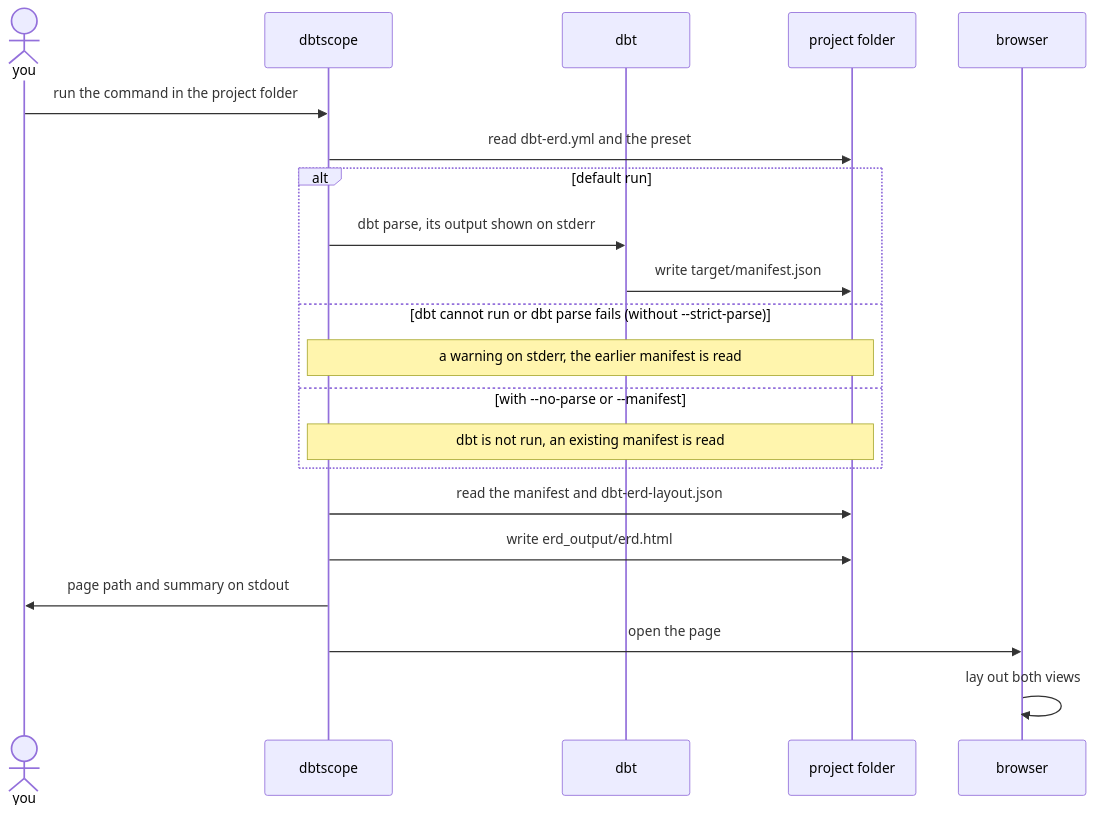
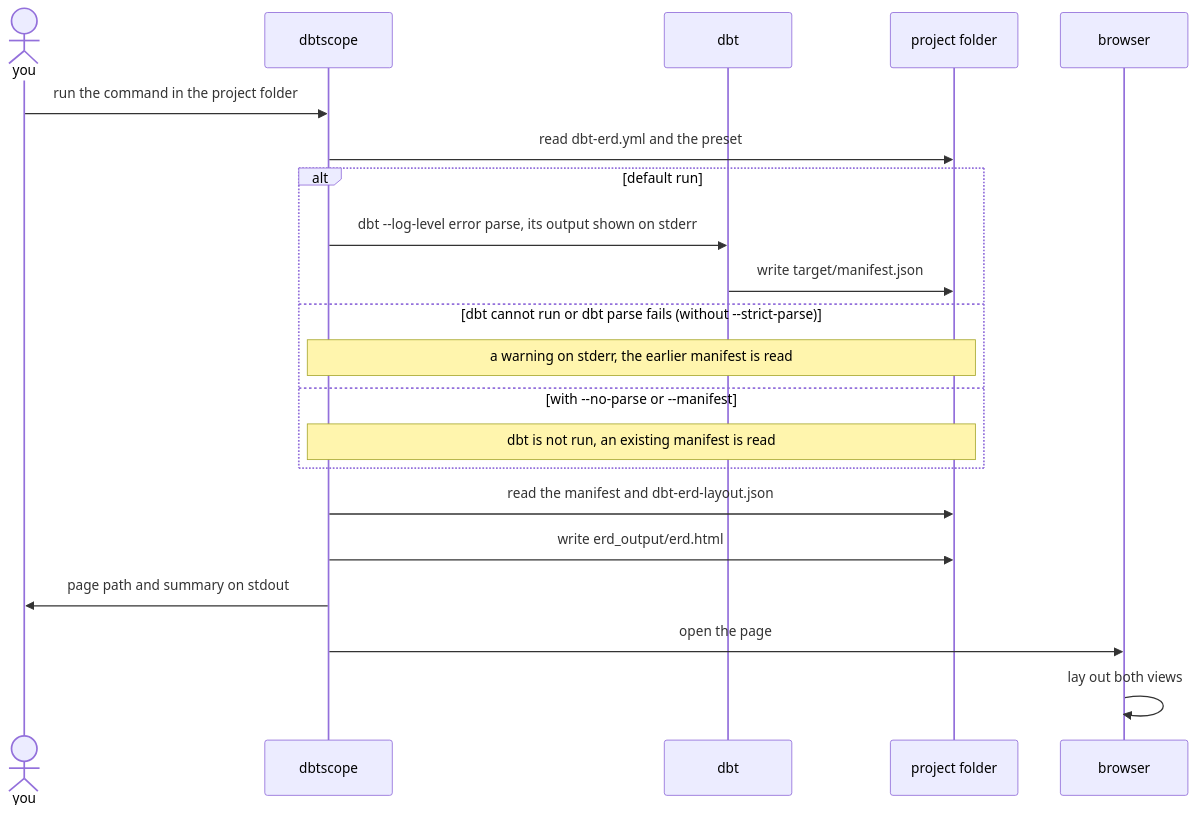
Before and after one commit to christophebnx/dbtscope: the second of 7 diagrams in docs/how-it-works.md, drawn with Mermaid. The commit also changed 7 other files, not shown here.

First line of the commit message:
feat(cli): hide dbt's warnings by default, add --log-level

````diff
--- a/docs/how-it-works.md
+++ b/docs/how-it-works.md
@@ -25,23 +25,23 @@
 ```mermaid
 sequenceDiagram
     actor U as you
     participant S as dbtscope
     participant D as dbt
     participant F as project folder
     participant B as browser
     U->>S: run the command in the project folder
     S->>F: read dbt-erd.yml and the preset
     alt default run
-        S->>D: dbt parse, its output shown on stderr
+        S->>D: dbt --log-level error parse, its output shown on stderr
         D->>F: write target/manifest.json
     else dbt cannot run or dbt parse fails (without --strict-parse)
         Note over S,F: a warning on stderr, the earlier manifest is read
     else with --no-parse or --manifest
         Note over S,F: dbt is not run, an existing manifest is read
     end
     S->>F: read the manifest and dbt-erd-layout.json
     S->>F: write erd_output/erd.html
     S->>U: page path and summary on stdout
     S->>B: open the page
     B->>B: lay out both views
 ```
````
